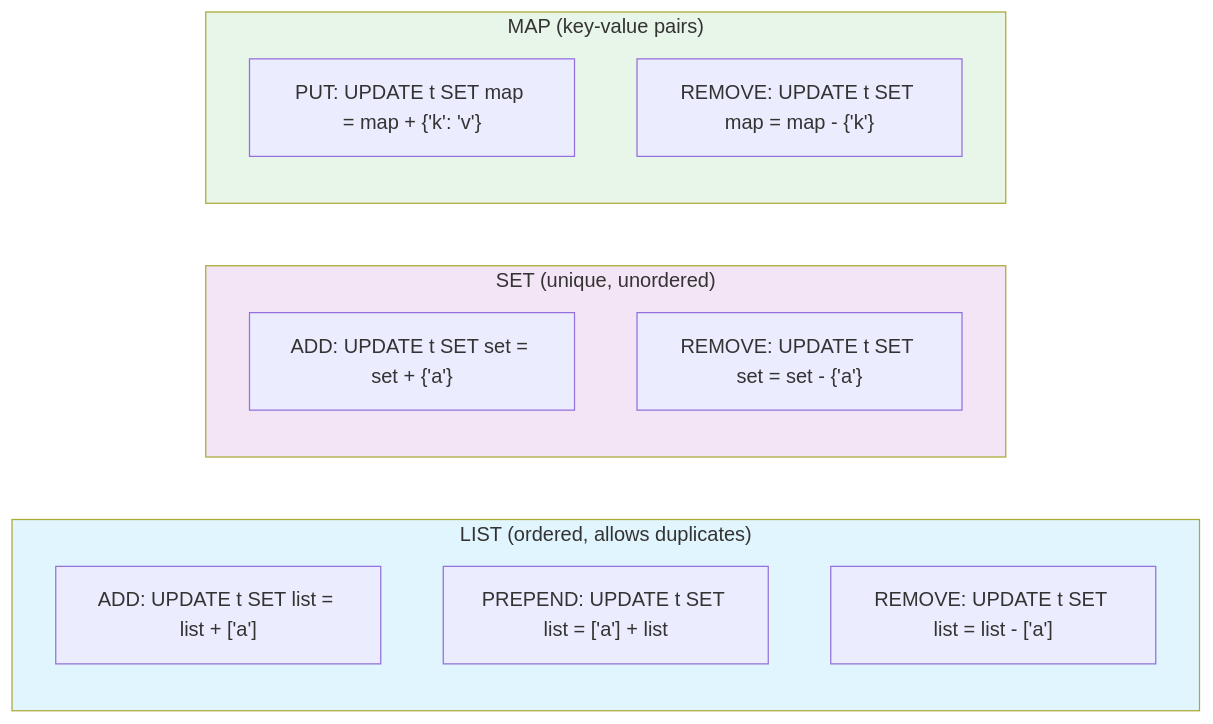
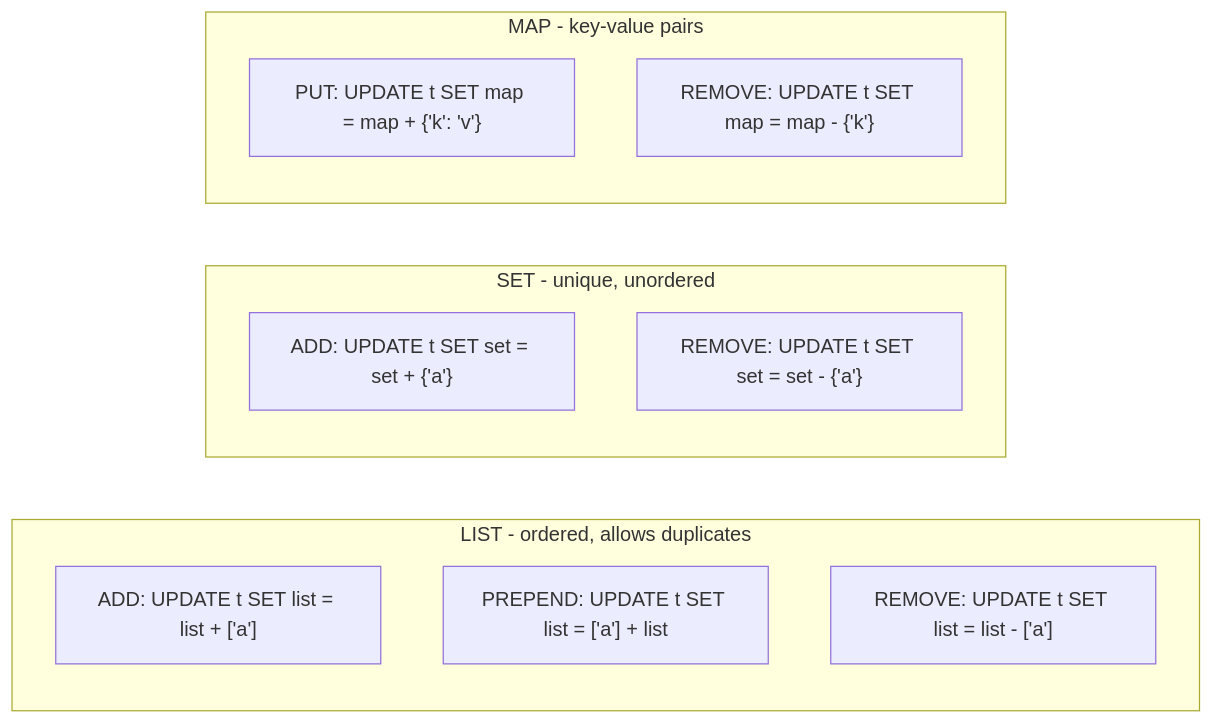
Before and after one commit to sawmikcuet19/cassardra-springboot: diagram 11 of 14 in README.md, drawn with Mermaid. The commit also changed other lines of this file, not shown here.

Commit message:
Fix Mermaid diagrams: remove special chars causing parse errors, remove color styles

````diff
--- a/README.md
+++ b/README.md
@@ -388,22 +382,18 @@
 ```mermaid
 flowchart LR
-    subgraph List["LIST (ordered, allows duplicates)"]
+    subgraph List["LIST - ordered, allows duplicates"]
         L1["ADD: UPDATE t SET list = list + ['a']"]
         L2["PREPEND: UPDATE t SET list = ['a'] + list"]
         L3["REMOVE: UPDATE t SET list = list - ['a']"]
     end
 
-    subgraph Set["SET (unique, unordered)"]
+    subgraph Set["SET - unique, unordered"]
         S1["ADD: UPDATE t SET set = set + {'a'}"]
         S2["REMOVE: UPDATE t SET set = set - {'a'}"]
     end
 
-    subgraph Map["MAP (key-value pairs)"]
+    subgraph Map["MAP - key-value pairs"]
         M1["PUT: UPDATE t SET map = map + {'k': 'v'}"]
         M2["REMOVE: UPDATE t SET map = map - {'k'}"]
     end
-
-    style List fill:#e1f5fe
-    style Set fill:#f3e5f5
-    style Map fill:#e8f5e9
 ```
````
